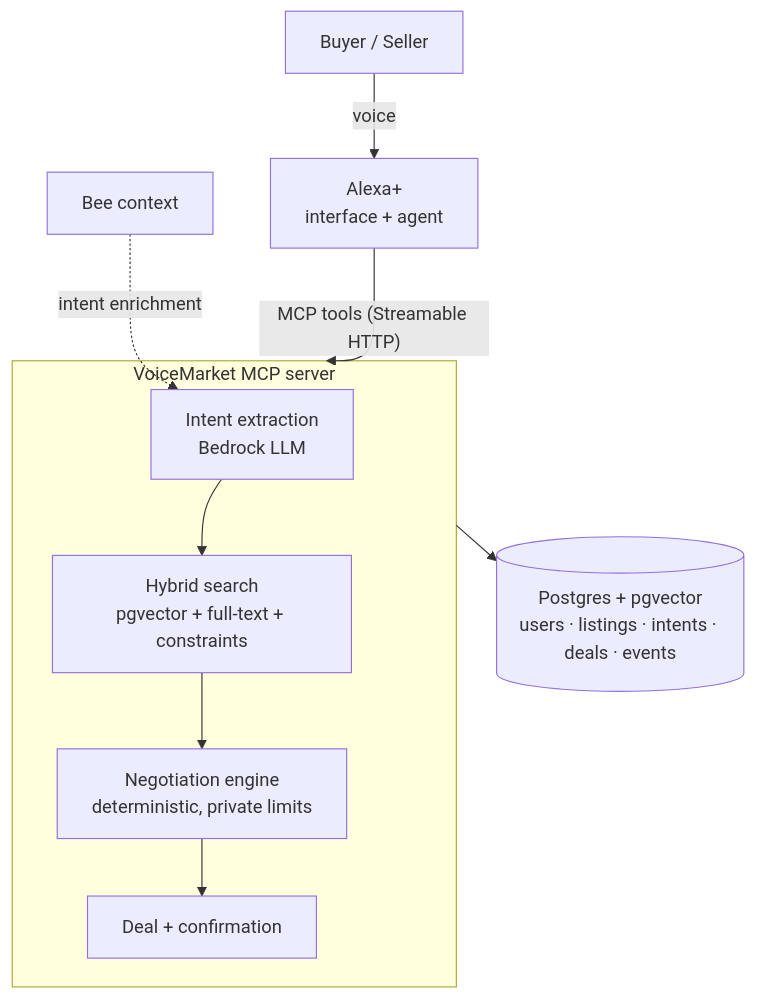
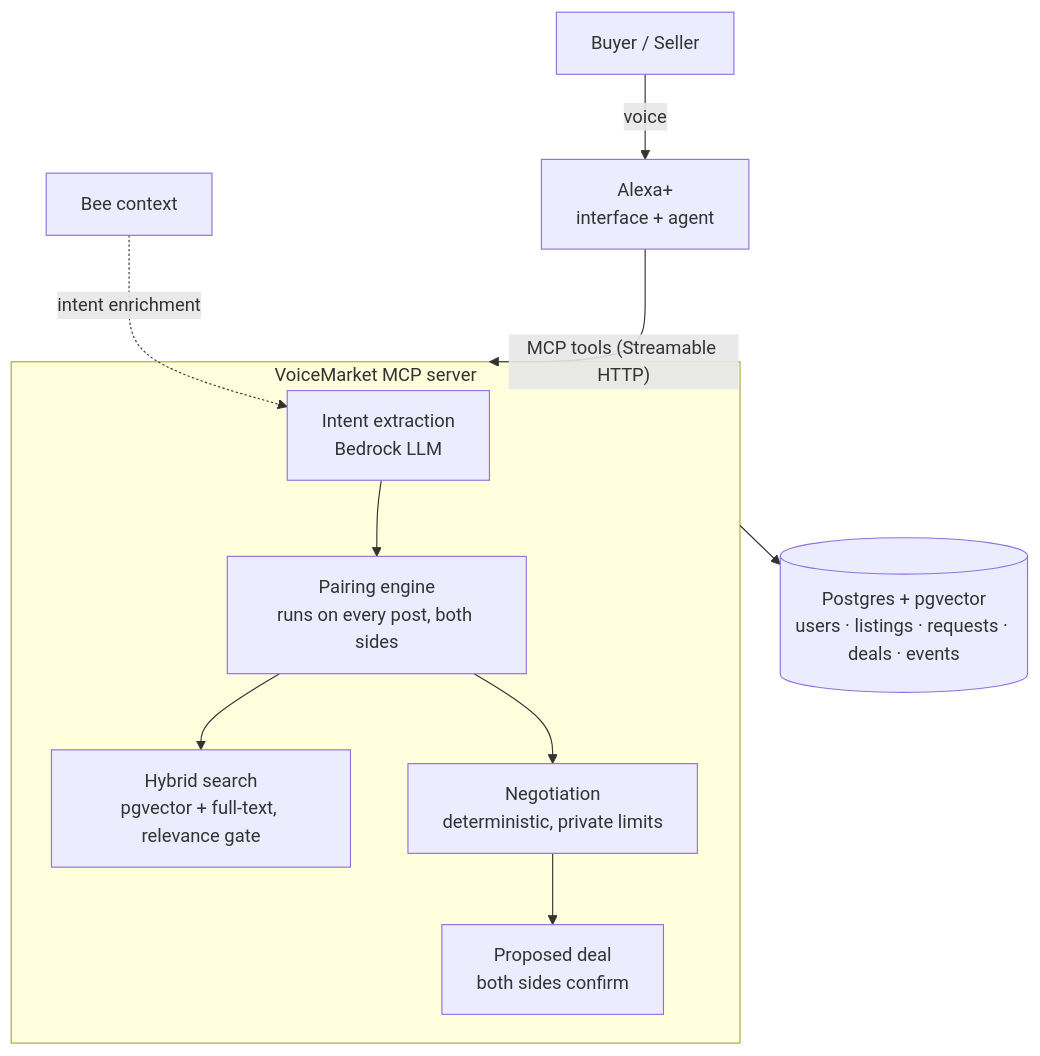
The diagram in README.md (adamchoi787/amazon-pair-up), drawn with Mermaid before and after one commit. The commit also changed other lines of this file and 26 other files, not shown here.

````diff
--- a/README.md
+++ b/README.md
@@ -45,12 +45,13 @@
 ```mermaid
 flowchart TB
   U[Buyer / Seller] -- voice --> A[Alexa+<br/>interface + agent]
   A -- "MCP tools (Streamable HTTP)" --> S
   subgraph S["VoiceMarket MCP server"]
-    I[Intent extraction<br/>Bedrock LLM] --> H[Hybrid search<br/>pgvector + full-text + constraints]
-    H --> N[Negotiation engine<br/>deterministic, private limits]
-    N --> D[Deal + confirmation]
+    I[Intent extraction<br/>Bedrock LLM] --> P[Pairing engine<br/>runs on every post, both sides]
+    P --> H[Hybrid search<br/>pgvector + full-text, relevance gate]
+    P --> N[Negotiation<br/>deterministic, private limits]
+    N --> D[Proposed deal<br/>both sides confirm]
   end
-  S --> DB[(Postgres + pgvector<br/>users · listings · intents · deals · events)]
+  S --> DB[(Postgres + pgvector<br/>users · listings · requests · deals · events)]
   B[Bee context] -. intent enrichment .-> I
 ```
````
